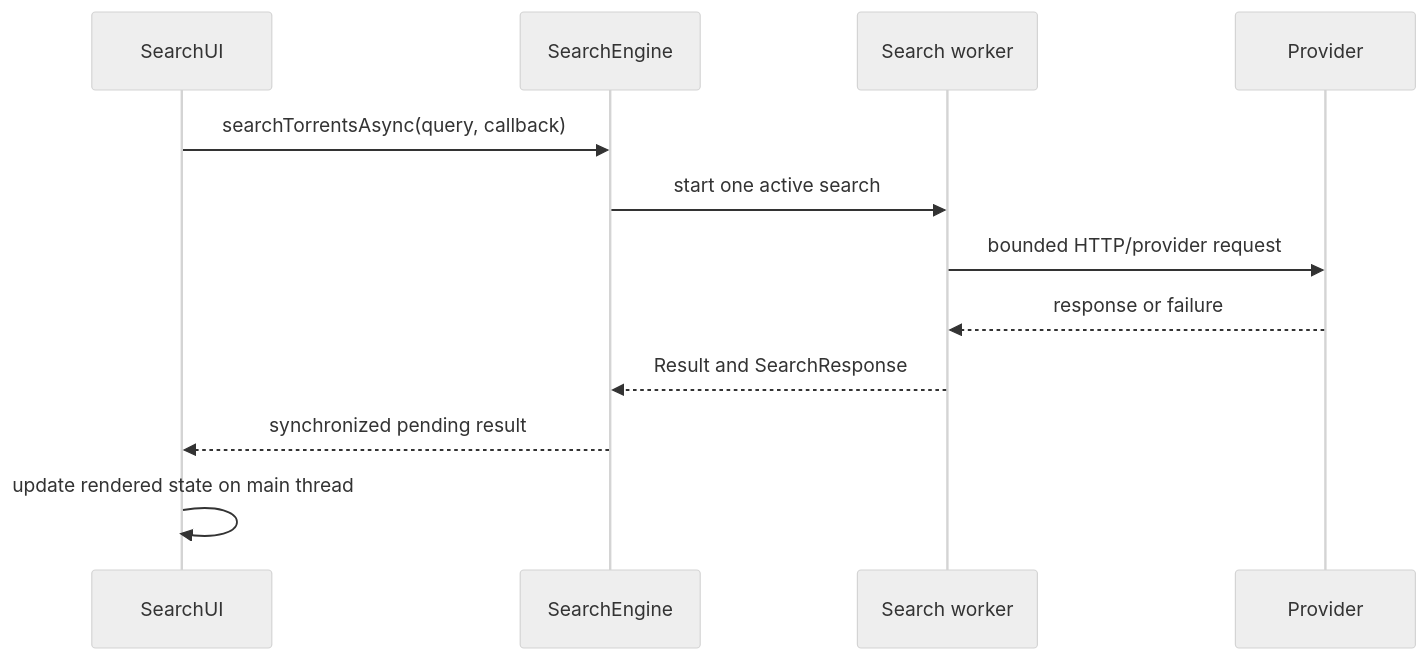
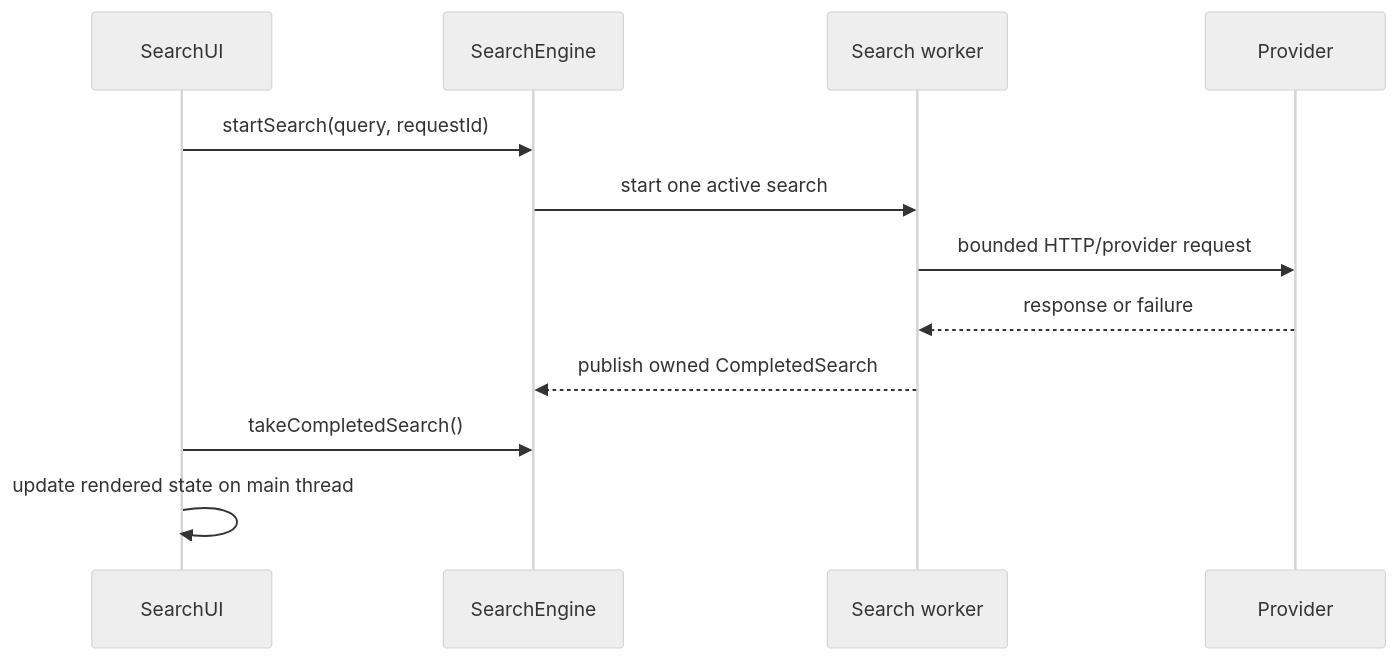
Before and after one commit to gkehren/hypertube: the third of 4 diagrams in docs/architecture.md, drawn with Mermaid (neutral theme). The commit also changed other lines of this file and 31 other files, not shown here.

````diff
--- a/docs/architecture.md
+++ b/docs/architecture.md
@@ -103,15 +106,15 @@
 ```mermaid
 sequenceDiagram
     participant UI as SearchUI
     participant E as SearchEngine
     participant W as Search worker
     participant P as Provider
 
-    UI->>E: searchTorrentsAsync(query, callback)
+    UI->>E: startSearch(query, requestId)
     E->>W: start one active search
     W->>P: bounded HTTP/provider request
     P-->>W: response or failure
-    W-->>E: Result and SearchResponse
-    E-->>UI: synchronized pending result
+    W-->>E: publish owned CompletedSearch
+    UI->>E: takeCompletedSearch()
     UI->>UI: update rendered state on main thread
 ```
````
